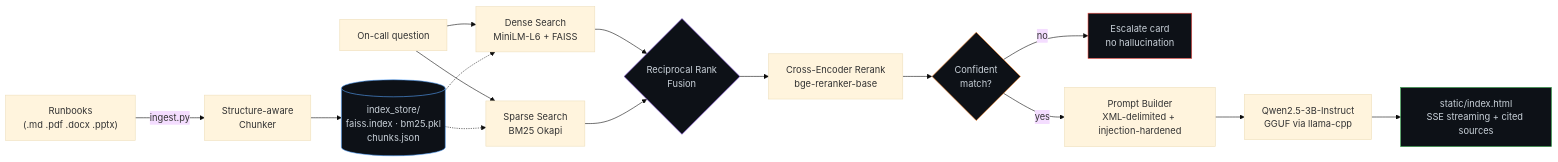
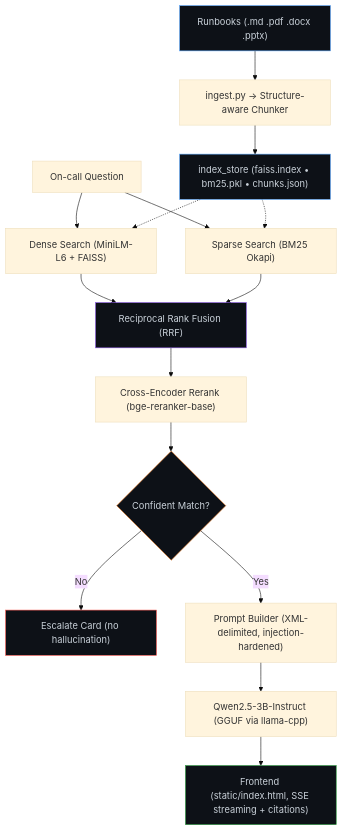
Before and after one commit to AvichalKhanna/hpe-runbook: the first of 2 diagrams in README.md, drawn with Mermaid (base theme).

Commit message:
Update flowchart formatting in README.md

````diff
--- a/README.md
+++ b/README.md
@@ -39,24 +39,32 @@
 ```mermaid
-flowchart LR
-    A["Runbooks<br/>(.md .pdf .docx .pptx)"] -->|ingest.py| B["Structure-aware<br/>Chunker"]
-    B --> C[("index_store/<br/>faiss.index · bm25.pkl<br/>chunks.json")]
+flowchart TD
+    A["Runbooks (.md .pdf .docx .pptx)"]
+        --> B["ingest.py → Structure-aware Chunker"]
+        --> C["index_store (faiss.index • bm25.pkl • chunks.json)"]
 
-    Q["On-call question"] --> D["Dense Search<br/>MiniLM-L6 + FAISS"]
-    Q --> E["Sparse Search<br/>BM25 Okapi"]
+    Q["On-call Question"]
+        --> D["Dense Search (MiniLM-L6 + FAISS)"]
+    Q --> E["Sparse Search (BM25 Okapi)"]
+
     C -.-> D
     C -.-> E
-    D --> F{"Reciprocal Rank<br/>Fusion"}
+
+    D --> F["Reciprocal Rank Fusion (RRF)"]
     E --> F
-    F --> G["Cross-Encoder Rerank<br/>bge-reranker-base"]
-    G --> H{"Confident<br/>match?"}
-    H -->|no| I["Escalate card<br/>no hallucination"]
-    H -->|yes| J["Prompt Builder<br/>XML-delimited + injection-hardened"]
-    J --> K["Qwen2.5-3B-Instruct<br/>GGUF via llama-cpp"]
-    K --> L["static/index.html<br/>SSE streaming + cited sources"]
+    F --> G["Cross-Encoder Rerank (bge-reranker-base)"]
 
+    G --> H{"Confident Match?"}
+    H -->|No| I["Escalate Card (no hallucination)"]
+    H -->|Yes| J["Prompt Builder (XML-delimited, injection-hardened)"]
+
+    J --> K["Qwen2.5-3B-Instruct (GGUF via llama-cpp)"]
+    K --> L["Frontend (static/index.html, SSE streaming + citations)"]
+
+    %% Styling for readability
+    style A fill:#0d1117,stroke:#58A6FF,color:#C9D1D9
     style C fill:#0d1117,stroke:#58A6FF,color:#C9D1D9
     style F fill:#0d1117,stroke:#8957E5,color:#C9D1D9
     style H fill:#0d1117,stroke:#F58025,color:#C9D1D9
     style I fill:#0d1117,stroke:#F85149,color:#C9D1D9
     style L fill:#0d1117,stroke:#2EA043,color:#C9D1D9
 ```
````
